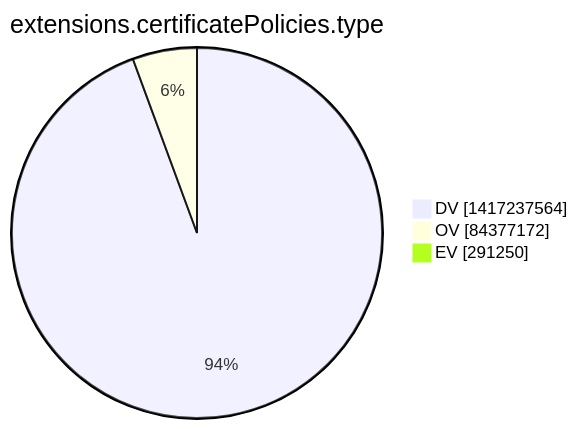
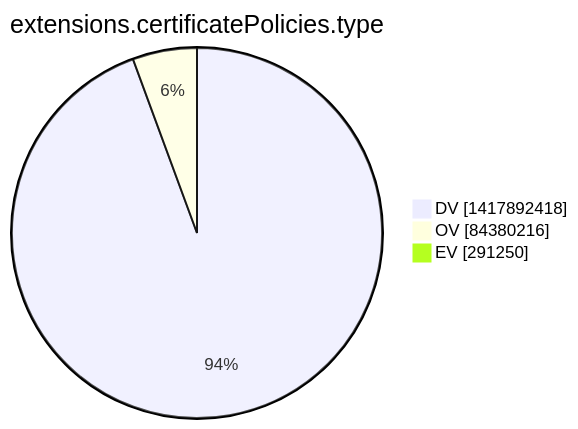
Before and after one commit to christiankrug/ctmonitor_visualization: the tenth of 15 diagrams in argon2022/README.md, drawn with Mermaid. The commit also changed other lines of this file, not shown here.

````diff
--- a/argon2022/README.md
+++ b/argon2022/README.md
@@ -2773,7 +2773,7 @@
 ```mermaid
 pie showData
 title extensions.certificatePolicies.type
-"DV" :1417237564
-"OV" :84377172
+"DV" :1417892418
+"OV" :84380216
 "EV" :291250
 ```
````
